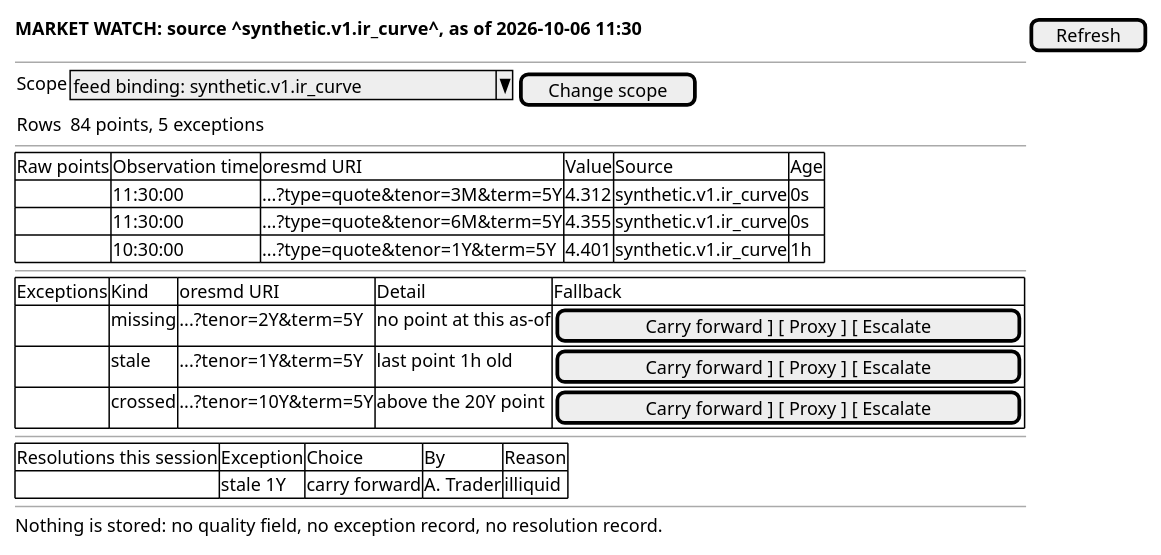
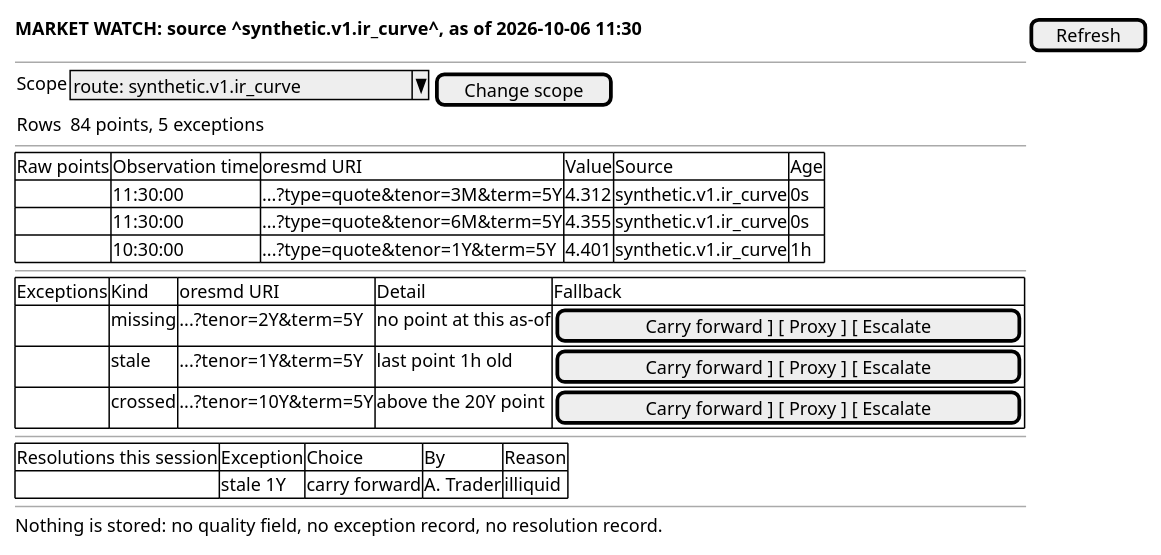
The diagram in doc/knowledge/journeys/market_data/wireframe_watch-the-market-and-clear-its-exceptions.puml (OreStudio/OreStudio), drawn with PlantUML before and after one commit. The commit also changed 35 other files, not shown here.

```diff
--- a/doc/knowledge/journeys/market_data/wireframe_watch-the-market-and-clear-its-exceptions.puml
+++ b/doc/knowledge/journeys/market_data/wireframe_watch-the-market-and-clear-its-exceptions.puml
@@ -18,34 +18,34 @@
 @startuml
 
 salt
 {
   <b>MARKET WATCH: source ^synthetic.v1.ir_curve^, as of 2026-10-06 11:30</b> | [ Refresh ]
   --
   {
-    Scope | ^feed binding: synthetic.v1.ir_curve^ | [ Change scope ]
+    Scope | ^route: synthetic.v1.ir_curve^ | [ Change scope ]
     Rows | 84 points, 5 exceptions
   }
   --
   {#
     Raw points | Observation time | oresmd URI | Value | Source | Age
     . | 11:30:00 | ...?type=quote&tenor=3M&term=5Y | 4.312 | synthetic.v1.ir_curve | 0s
     . | 11:30:00 | ...?type=quote&tenor=6M&term=5Y | 4.355 | synthetic.v1.ir_curve | 0s
     . | 10:30:00 | ...?type=quote&tenor=1Y&term=5Y | 4.401 | synthetic.v1.ir_curve | 1h
   }
   --
   {#
     Exceptions | Kind | oresmd URI | Detail | Fallback
     . | missing | ...?tenor=2Y&term=5Y | no point at this as-of | [ Carry forward ] [ Proxy ] [ Escalate ]
     . | stale | ...?tenor=1Y&term=5Y | last point 1h old | [ Carry forward ] [ Proxy ] [ Escalate ]
     . | crossed | ...?tenor=10Y&term=5Y | above the 20Y point | [ Carry forward ] [ Proxy ] [ Escalate ]
   }
   --
   {#
     Resolutions this session | Exception | Choice | By | Reason
     . | stale 1Y | carry forward | A. Trader | illiquid
   }
   --
   Nothing is stored: no quality field, no exception record, no resolution record.
 }
 
 @enduml
```
